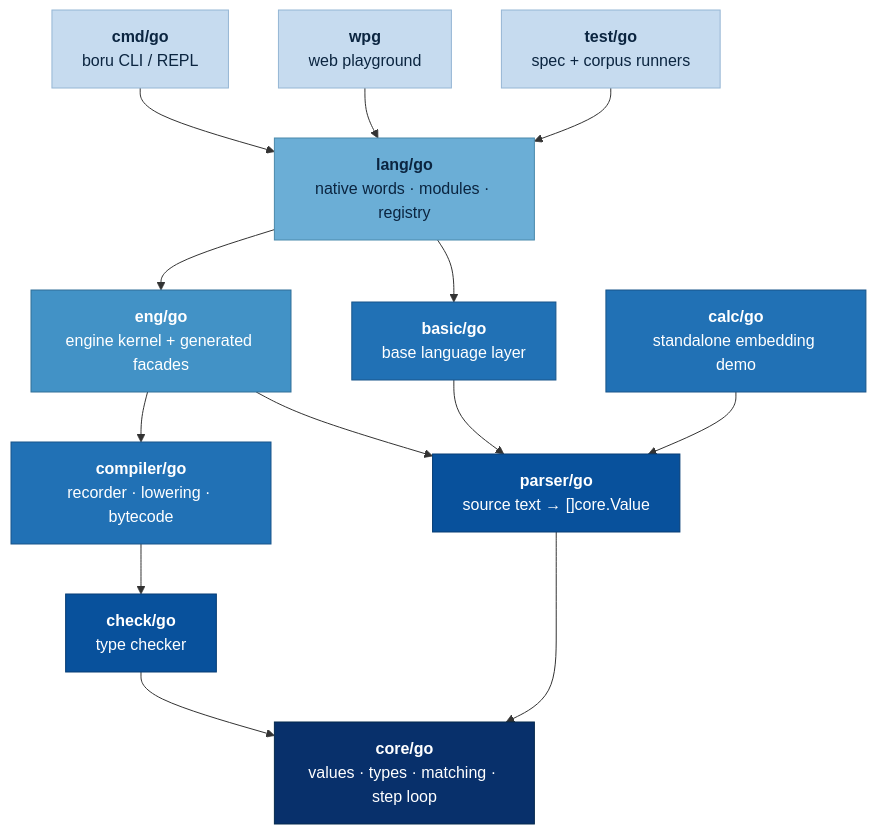
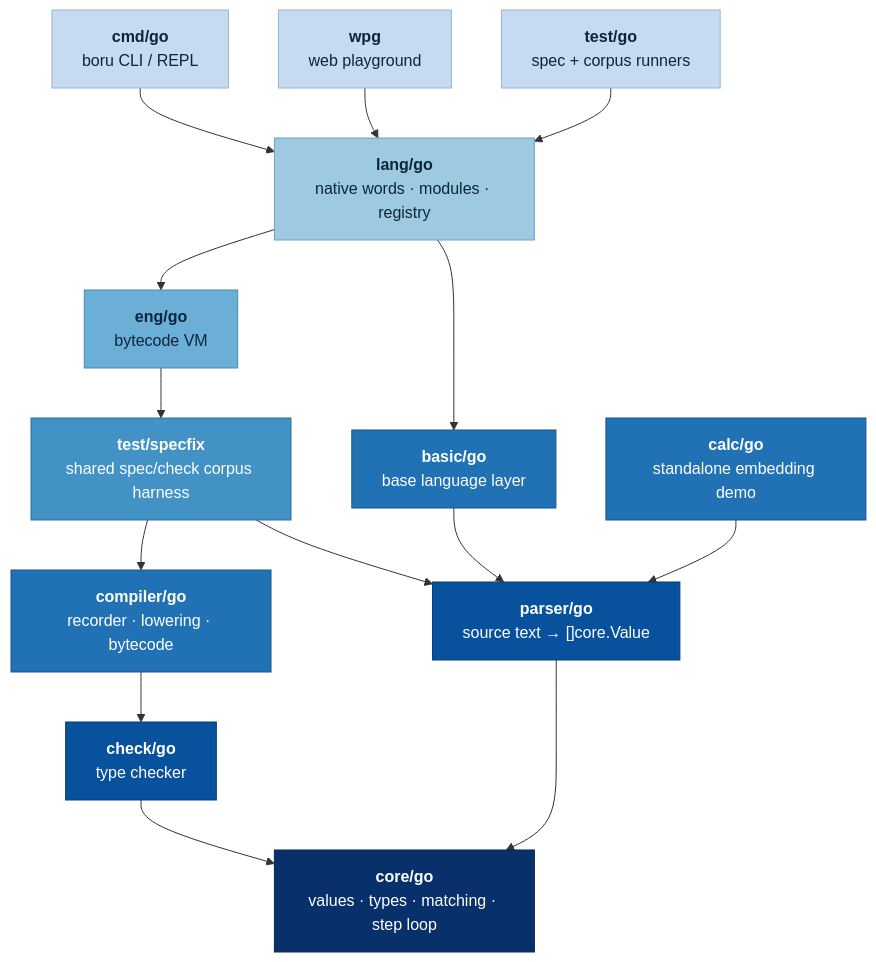
One commit to aql-lang/aql changed the first of 2 diagrams in design/GO-MODULE-GRAPH.0.md. Above: the diagram before and after it, drawn with Mermaid. The commit also changed other lines of this file and 119 other files, not shown here.

First line of the commit message:
Retire the eng facade; eng is the bytecode VM

````diff
--- a/design/GO-MODULE-GRAPH.0.md
+++ b/design/GO-MODULE-GRAPH.0.md
@@ -81,41 +89,45 @@
 ```mermaid
 flowchart TD
     cmd["<b>cmd/go</b><br/>boru CLI / REPL"]
     wpg["<b>wpg</b><br/>web playground"]
     tst["<b>test/go</b><br/>spec + corpus runners"]
     lang["<b>lang/go</b><br/>native words · modules · registry"]
-    eng["<b>eng/go</b><br/>engine kernel + generated facades"]
+    eng["<b>eng/go</b><br/>bytecode VM"]
+    sfx["<b>test/specfix</b><br/>shared spec/check corpus harness"]
     basic["<b>basic/go</b><br/>base language layer"]
     comp["<b>compiler/go</b><br/>recorder · lowering · bytecode"]
     chk["<b>check/go</b><br/>type checker"]
     par["<b>parser/go</b><br/>source text → []core.Value"]
     core["<b>core/go</b><br/>values · types · matching · step loop"]
     calc["<b>calc/go</b><br/>standalone embedding demo"]
 
     cmd --> lang
     wpg --> lang
     tst --> lang
     lang --> basic
     lang --> eng
-    eng --> comp
-    eng --> par
+    eng --> sfx
+    sfx --> comp
+    sfx --> par
     basic --> par
+    calc --> par
     comp --> chk
     chk --> core
     par --> core
-    calc --> par
 
     classDef l0 fill:#08306b,color:#ffffff,stroke:#052a4e,stroke-width:1px
     classDef l1 fill:#08519c,color:#ffffff,stroke:#063d75,stroke-width:1px
     classDef l2 fill:#2171b5,color:#ffffff,stroke:#18558a,stroke-width:1px
     classDef l3 fill:#4292c6,color:#ffffff,stroke:#316f97,stroke-width:1px
     classDef l4 fill:#6baed6,color:#0b2540,stroke:#4a89ab,stroke-width:1px
-    classDef l5 fill:#c6dbef,color:#0b2540,stroke:#95b6d4,stroke-width:1px
+    classDef l5 fill:#9ecae1,color:#0b2540,stroke:#6f9fc4,stroke-width:1px
+    classDef l6 fill:#c6dbef,color:#0b2540,stroke:#95b6d4,stroke-width:1px
 
     class core l0
     class par,chk l1
     class basic,comp,calc l2
-    class eng l3
-    class lang l4
-    class cmd,tst,wpg l5
+    class sfx l3
+    class eng l4
+    class lang l5
+    class cmd,tst,wpg l6
 ```
````
